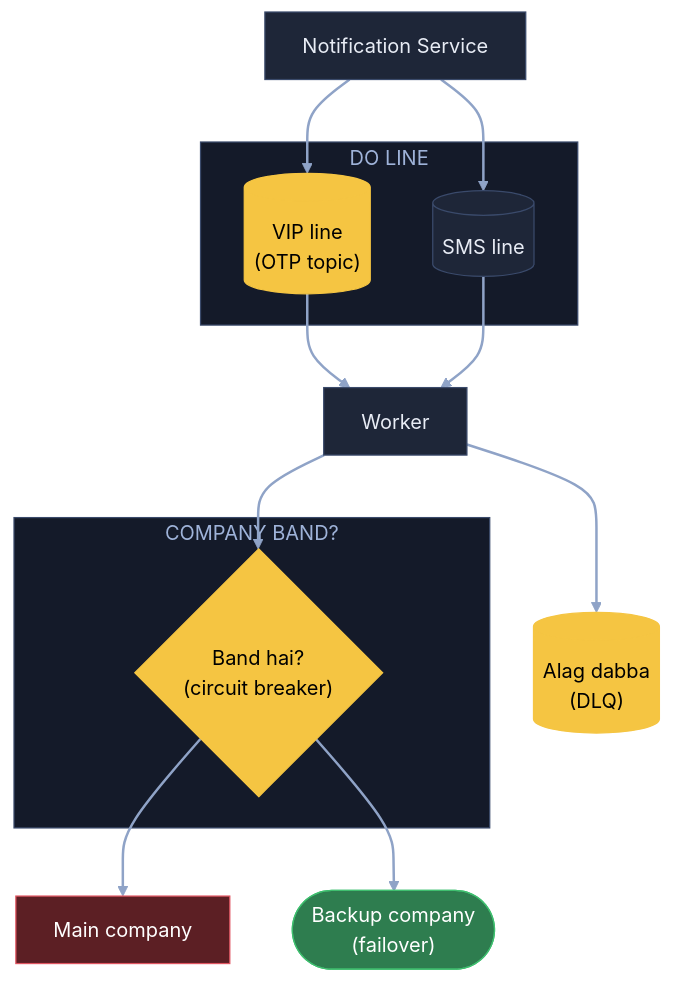
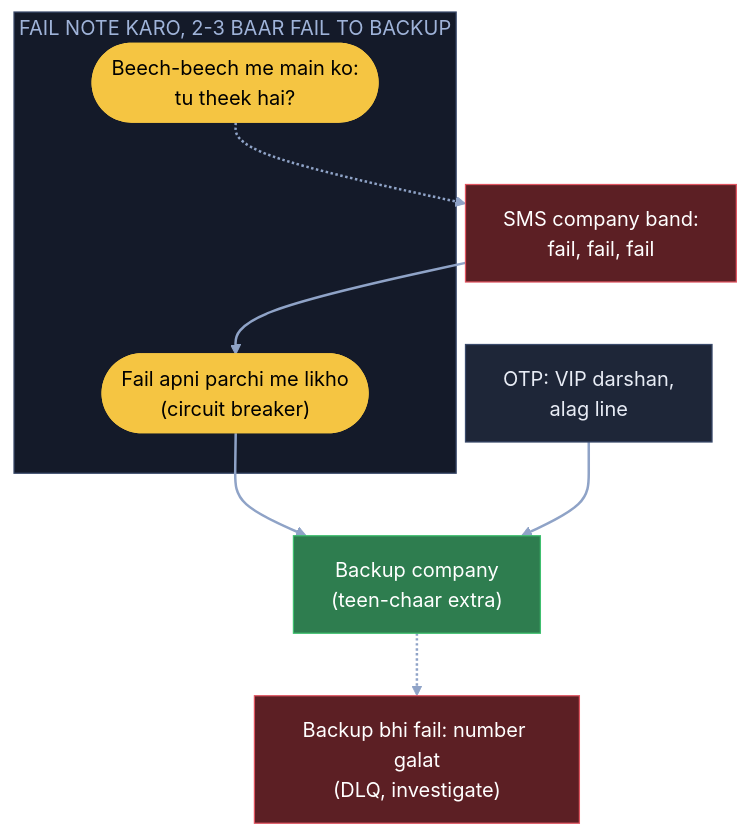
The fifth of 9 diagrams in 04_HLD/SYSTEM_DESIGNS/04_notification_system/04_notification_system.md (ArpanMaheshwari144/Prep), drawn with Mermaid before and after one commit. The commit also changed other lines of this file, not shown here.

Commit message:
Notification: 9 diagram hand notes ke shabdon se (K9: OTP seedha, DB nahi)

````diff
--- a/04_HLD/SYSTEM_DESIGNS/04_notification_system/04_notification_system.md
+++ b/04_HLD/SYSTEM_DESIGNS/04_notification_system/04_notification_system.md
@@ -190,30 +183,22 @@
 ```mermaid
 flowchart TB
-    N["Notification Service"]:::card
-    subgraph LN["DO LINE"]
-        T[("VIP line<br/>(OTP topic)")]:::pill
-        S[("SMS line")]:::card
+    F["SMS company band:<br/>fail, fail, fail"]:::bad
+    subgraph CB["FAIL NOTE KARO, 2-3 BAAR FAIL TO BACKUP"]
+        N(["Fail apni parchi me likho<br/>(circuit breaker)"]):::pill
+        H(["Beech-beech me main ko:<br/>tu theek hai?"]):::pill
     end
-    W["Worker"]:::card
-    subgraph CK["COMPANY BAND?"]
-        CB{"Band hai?<br/>(circuit breaker)"}:::pill
-    end
-    M["Main company"]:::bad
-    B(["Backup company<br/>(failover)"]):::good
-    D[("Alag dabba<br/>(DLQ)")]:::pill
-    N --> T
-    N --> S
-    T --> W
-    S --> W
-    W --> CB
-    CB --> M
-    CB --> B
-    W --> D
+    B["Backup company<br/>(teen-chaar extra)"]:::good
+    V["OTP: VIP darshan,<br/>alag line"]:::card
+    D["Backup bhi fail: number galat<br/>(DLQ, investigate)"]:::bad
+    F --> N
+    N --> B
+    H -.-> F
+    V --> B
+    B -.-> D
     linkStyle default stroke:#8fa3c7,stroke-width:2px
     classDef card fill:#1e2638,stroke:#3a4a6b,color:#e8ecf5
     classDef pill fill:#f5c542,stroke:#f5c542,color:#000
     classDef good fill:#2e7d4f,stroke:#3fbf6f,color:#fff
     classDef bad fill:#5c1f24,stroke:#e05561,color:#fff
-    style LN fill:#141a29,stroke:#3a4a6b,color:#9fb3d9
-    style CK fill:#141a29,stroke:#3a4a6b,color:#9fb3d9
+    style CB fill:#141a29,stroke:#3a4a6b,color:#9fb3d9
 ```
````
